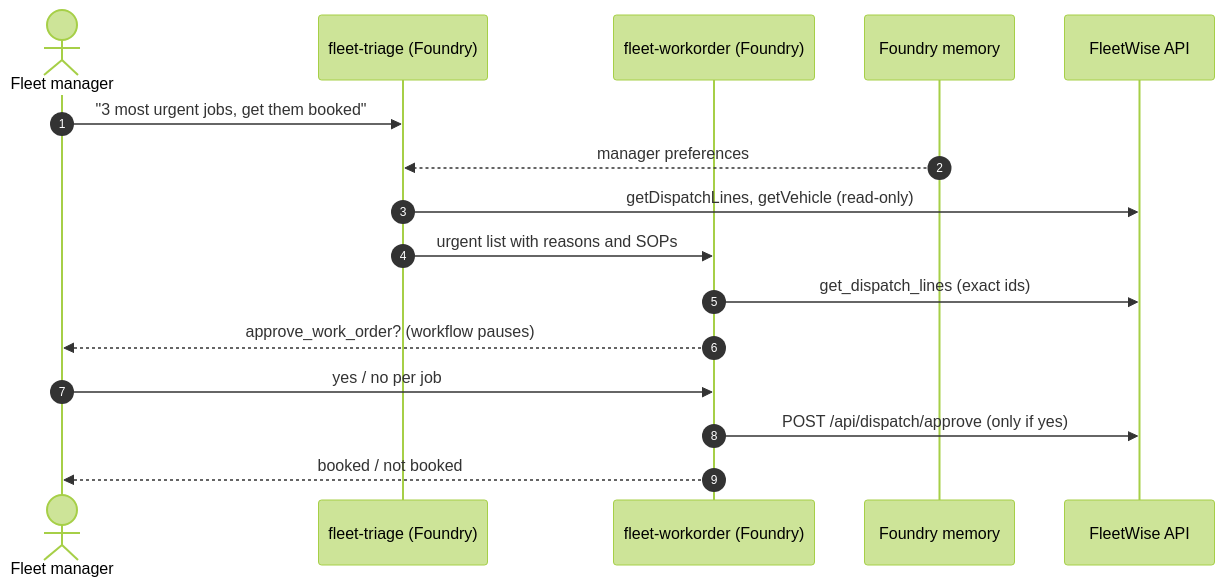
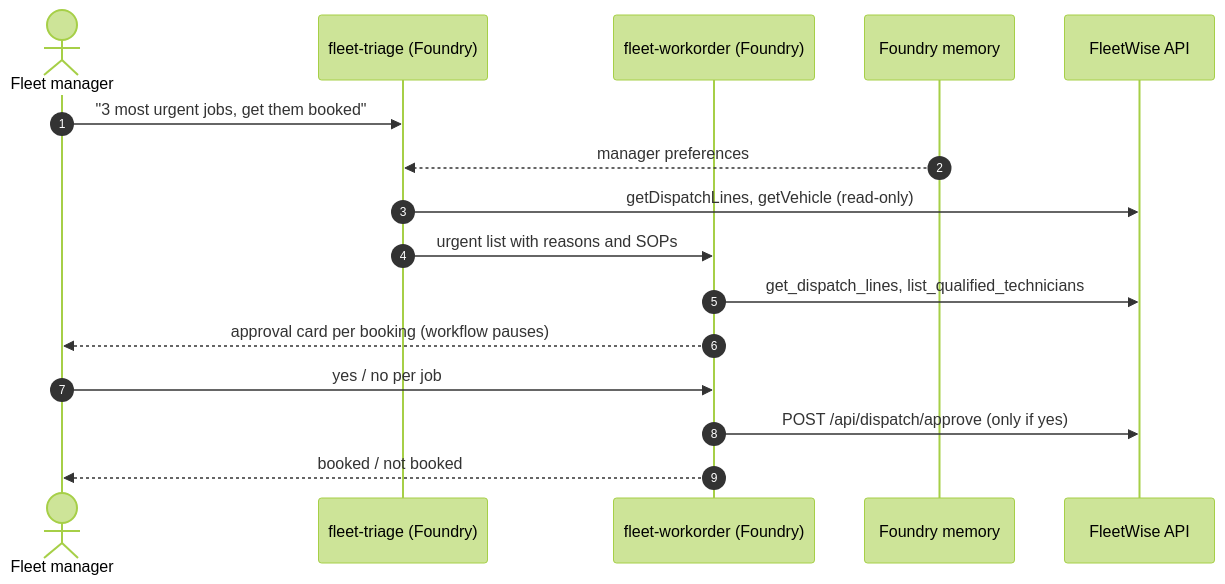
One commit to hkaanturgut/foundry-fleetwise-agents changed the third of 5 diagrams in README.md. Above: the diagram before and after it, drawn with Mermaid (forest theme). The commit also changed other lines of this file and 6 other files, not shown here.

First line of the commit message:
Stage view for the workflow; qualified preferred technician; triage never invents SOPs

````diff
--- a/README.md
+++ b/README.md
@@ -392,18 +392,18 @@
 ```mermaid
 sequenceDiagram
     autonumber
     actor Mgr as Fleet manager
     participant Tri as fleet-triage (Foundry)
     participant WO as fleet-workorder (Foundry)
     participant Mem as Foundry memory
     participant API as FleetWise API
     Mgr->>Tri: "3 most urgent jobs, get them booked"
     Mem-->>Tri: manager preferences
     Tri->>API: getDispatchLines, getVehicle (read-only)
     Tri->>WO: urgent list with reasons and SOPs
-    WO->>API: get_dispatch_lines (exact ids)
-    WO-->>Mgr: approve_work_order? (workflow pauses)
+    WO->>API: get_dispatch_lines, list_qualified_technicians
+    WO-->>Mgr: approval card per booking (workflow pauses)
     Mgr->>WO: yes / no per job
     WO->>API: POST /api/dispatch/approve (only if yes)
     WO-->>Mgr: booked / not booked
 ```
````
